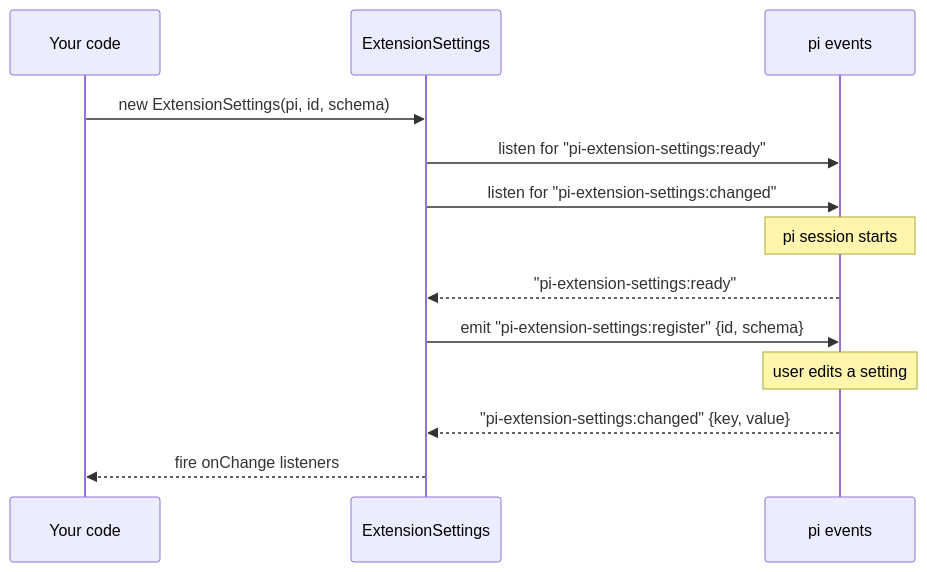
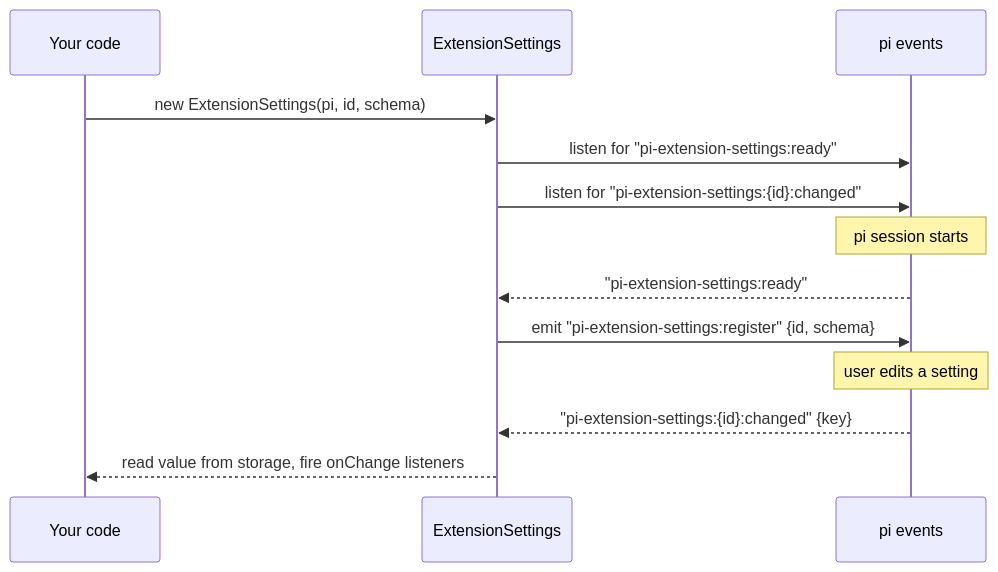
Before and after one commit to axnic/pi-extension-settings: the second of 3 diagrams in sdk/docs/concepts/extension-settings.md, drawn with Mermaid. The commit also changed 8 other files, not shown here.

````diff
--- a/sdk/docs/concepts/extension-settings.md
+++ b/sdk/docs/concepts/extension-settings.md
@@ -62,16 +62,16 @@
 ```mermaid
 sequenceDiagram
     participant C as Your code
     participant ES as ExtensionSettings
     participant P as pi events
 
     C->>ES: new ExtensionSettings(pi, id, schema)
     ES->>P: listen for "pi-extension-settings:ready"
-    ES->>P: listen for "pi-extension-settings:changed"
+    ES->>P: listen for "pi-extension-settings:{id}:changed"
     Note over P: pi session starts
     P-->>ES: "pi-extension-settings:ready"
     ES->>P: emit "pi-extension-settings:register" {id, schema}
     Note over P: user edits a setting
-    P-->>ES: "pi-extension-settings:changed" {key, value}
-    ES-->>C: fire onChange listeners
+    P-->>ES: "pi-extension-settings:{id}:changed" {key}
+    ES-->>C: read value from storage, fire onChange listeners
 ```
````
